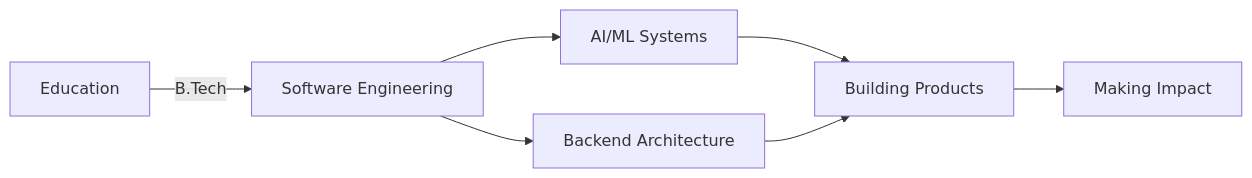
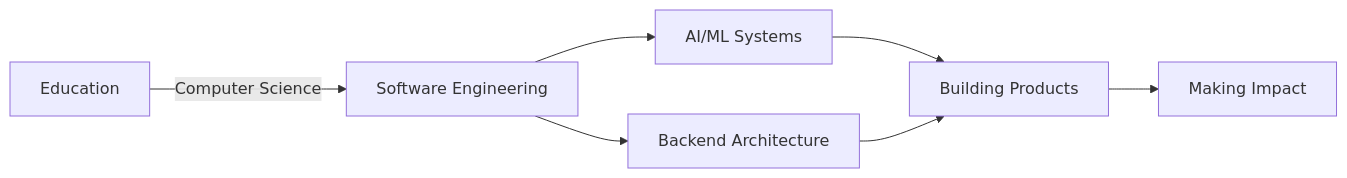
Before and after one commit to Azad11014/Azad11014: the diagram in README.md, drawn with Mermaid. The commit also changed other lines of this file, not shown here.

````diff
--- a/README.md
+++ b/README.md
@@ -55,9 +54,9 @@
 ```mermaid
 graph LR
-    A[Education] -->|B.Tech| B[Software Engineering]
+    A[Education] -->|Computer Science| B[Software Engineering]
     B --> C[AI/ML Systems]
     B --> D[Backend Architecture]
     C --> E[Building Products]
     D --> E
     E --> F[Making Impact]
 ```
````
